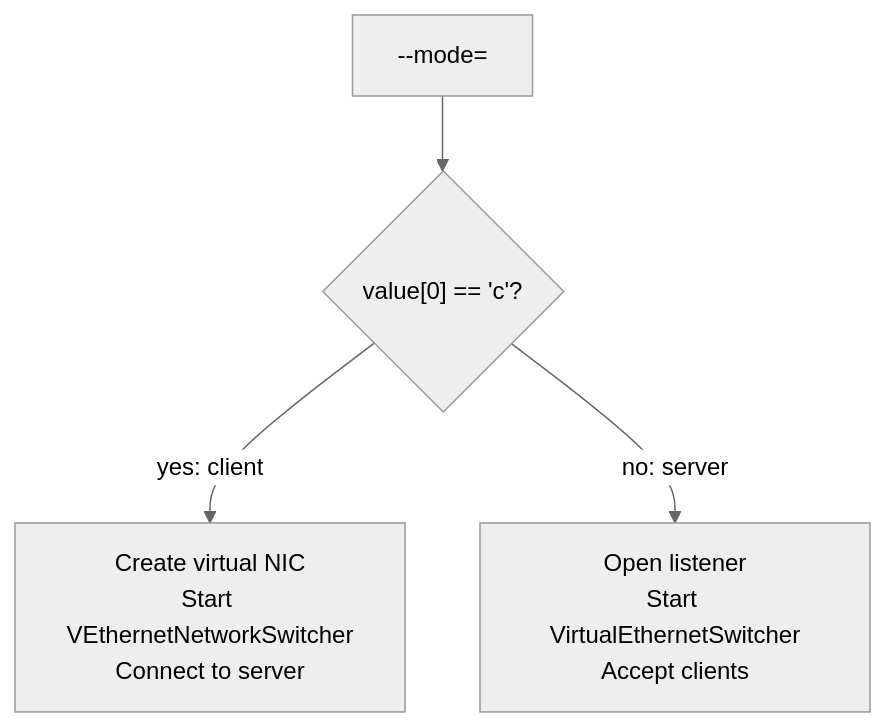
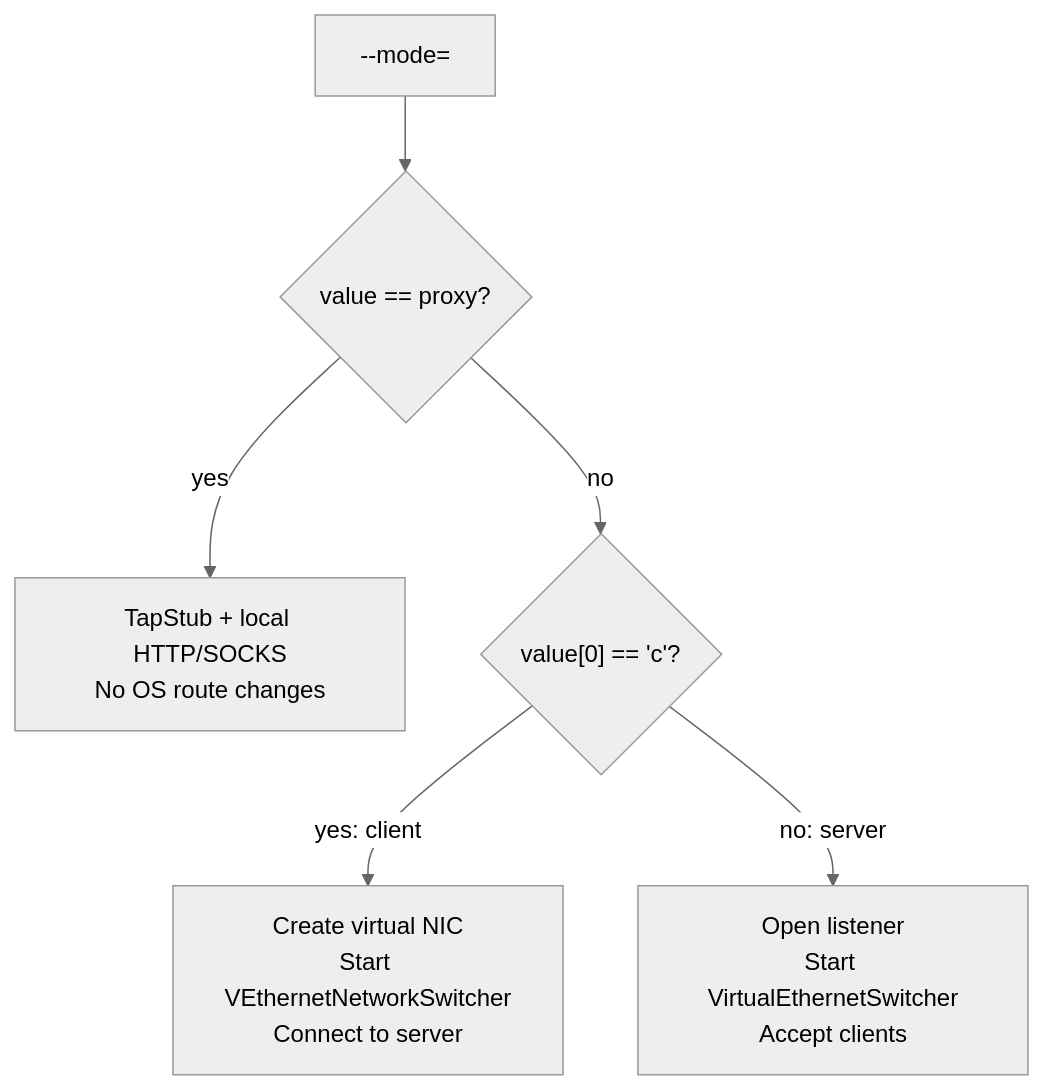
Before and after one commit to HyacinthHaru/openppp2: the second of 2 diagrams in docs/CLI_REFERENCE.md, drawn with Mermaid (neutral theme). The commit also changed other lines of this file and 34 other files, not shown here.

First line of the commit message:
feat: add proxy-only mode with local HTTP/SOCKS listeners

````diff
--- a/docs/CLI_REFERENCE.md
+++ b/docs/CLI_REFERENCE.md
@@ -69,6 +71,8 @@
 ```mermaid
 flowchart TD
-    A["--mode=<value>"] --> B{"value[0] == 'c'?"}
-    B -->|"yes: client"| C["Create virtual NIC\nStart VEthernetNetworkSwitcher\nConnect to server"]
-    B -->|"no: server"| D["Open listener\nStart VirtualEthernetSwitcher\nAccept clients"]
+    A["--mode=<value>"] --> B{"value == proxy?"}
+    B -->|yes| P["TapStub + local HTTP/SOCKS\nNo OS route changes"]
+    B -->|no| C{"value[0] == 'c'?"}
+    C -->|"yes: client"| D["Create virtual NIC\nStart VEthernetNetworkSwitcher\nConnect to server"]
+    C -->|"no: server"| E["Open listener\nStart VirtualEthernetSwitcher\nAccept clients"]
 ```
````
